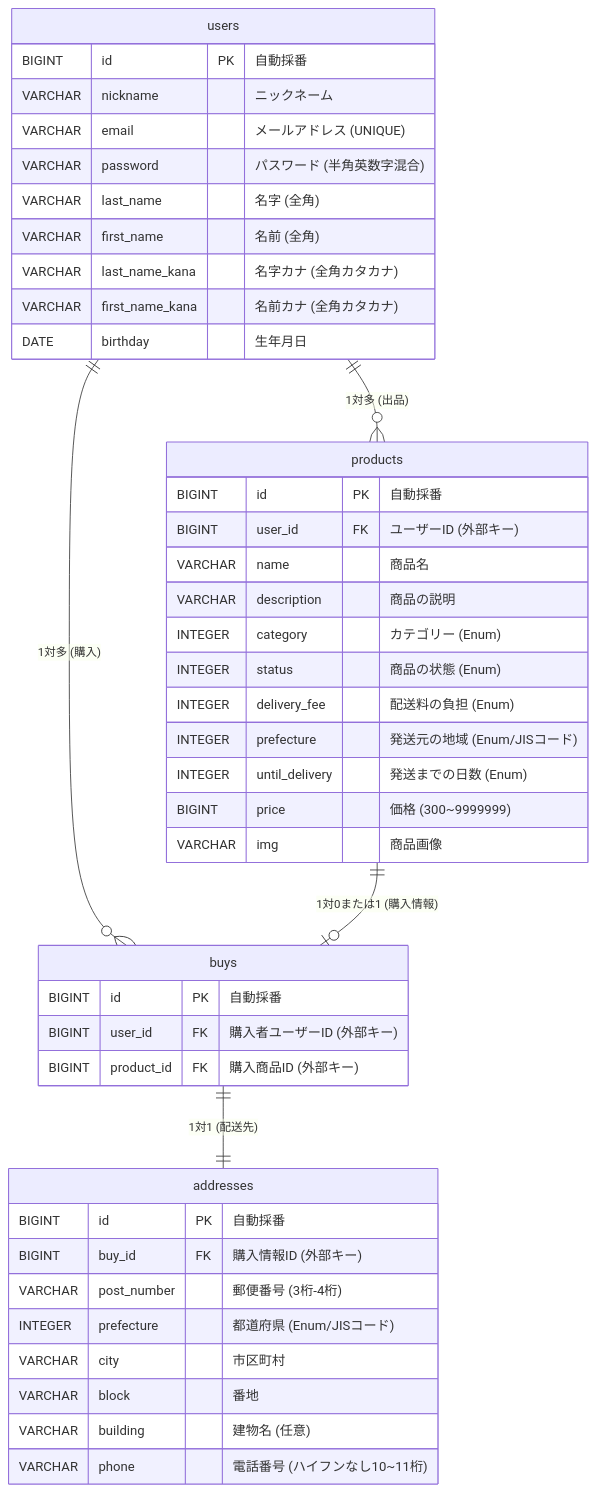
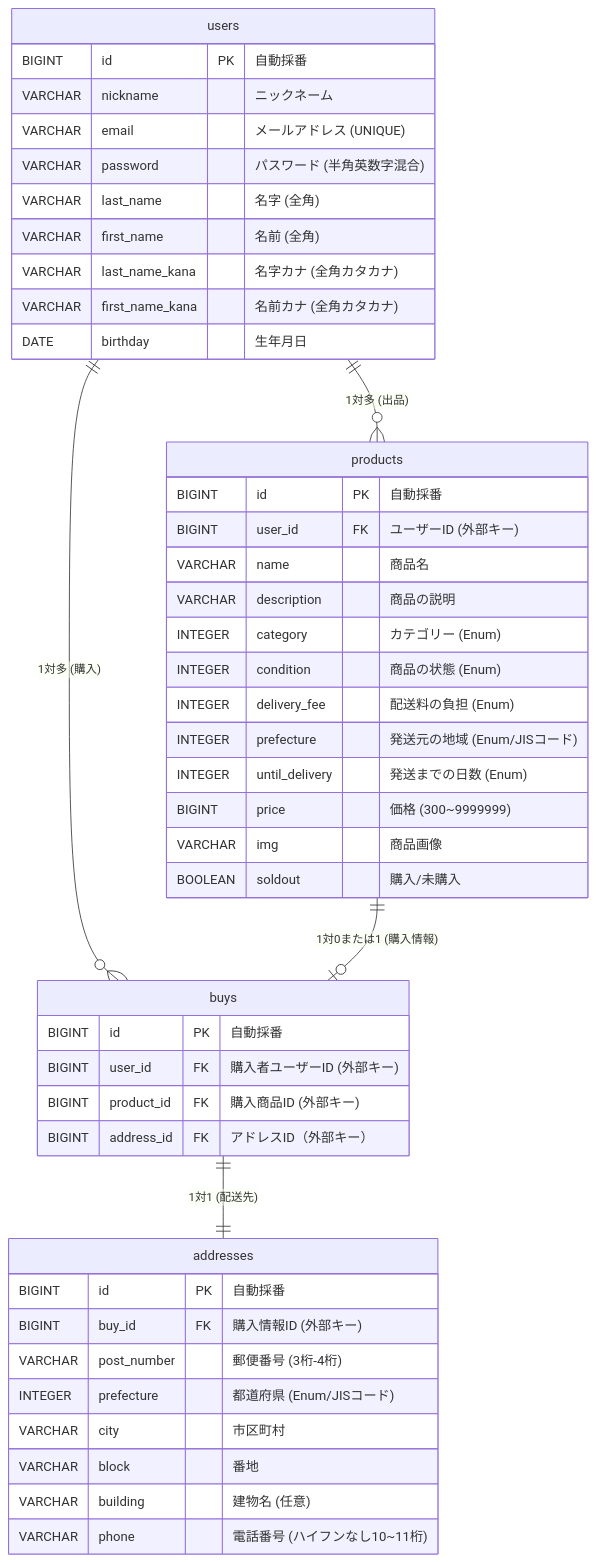
Before and after one commit to sho-haraguchi/furima: the diagram in README.md, drawn with Mermaid.

````diff
--- a/README.md
+++ b/README.md
@@ -3,50 +3,52 @@
 ```mermaid
 erDiagram
     users ||--o{ products : "1対多 (出品)"
     users ||--o{ buys : "1対多 (購入)"
     products ||--o| buys : "1対0または1 (購入情報)"
     buys ||--|| addresses : "1対1 (配送先)"
 
     users {
         BIGINT id PK "自動採番"
         VARCHAR nickname "ニックネーム"
         VARCHAR email "メールアドレス (UNIQUE)"
         VARCHAR password "パスワード (半角英数字混合)"
         VARCHAR last_name "名字 (全角)"
         VARCHAR first_name "名前 (全角)"
         VARCHAR last_name_kana "名字カナ (全角カタカナ)"
         VARCHAR first_name_kana "名前カナ (全角カタカナ)"
         DATE birthday "生年月日"
     }
 
     products {
         BIGINT id PK "自動採番"
         BIGINT user_id FK "ユーザーID (外部キー)"
         VARCHAR name "商品名"
         VARCHAR description "商品の説明"
         INTEGER category "カテゴリー (Enum)"
-        INTEGER status "商品の状態 (Enum)"
+        INTEGER condition "商品の状態 (Enum)"
         INTEGER delivery_fee "配送料の負担 (Enum)"
         INTEGER prefecture "発送元の地域 (Enum/JISコード)"
         INTEGER until_delivery "発送までの日数 (Enum)"
         BIGINT price "価格 (300~9999999)"
         VARCHAR img "商品画像"
+        BOOLEAN soldout "購入/未購入"
     }
 
     buys {
         BIGINT id PK "自動採番"
         BIGINT user_id FK "購入者ユーザーID (外部キー)"
         BIGINT product_id FK "購入商品ID (外部キー)"
+        BIGINT address_id FK "アドレスID（外部キー）"
     }
 
     addresses {
         BIGINT id PK "自動採番"
         BIGINT buy_id FK "購入情報ID (外部キー)"
         VARCHAR post_number "郵便番号 (3桁-4桁)"
         INTEGER prefecture "都道府県 (Enum/JISコード)"
         VARCHAR city "市区町村"
         VARCHAR block "番地"
         VARCHAR building "建物名 (任意)"
         VARCHAR phone "電話番号 (ハイフンなし10~11桁)"
     }
 ```
````
